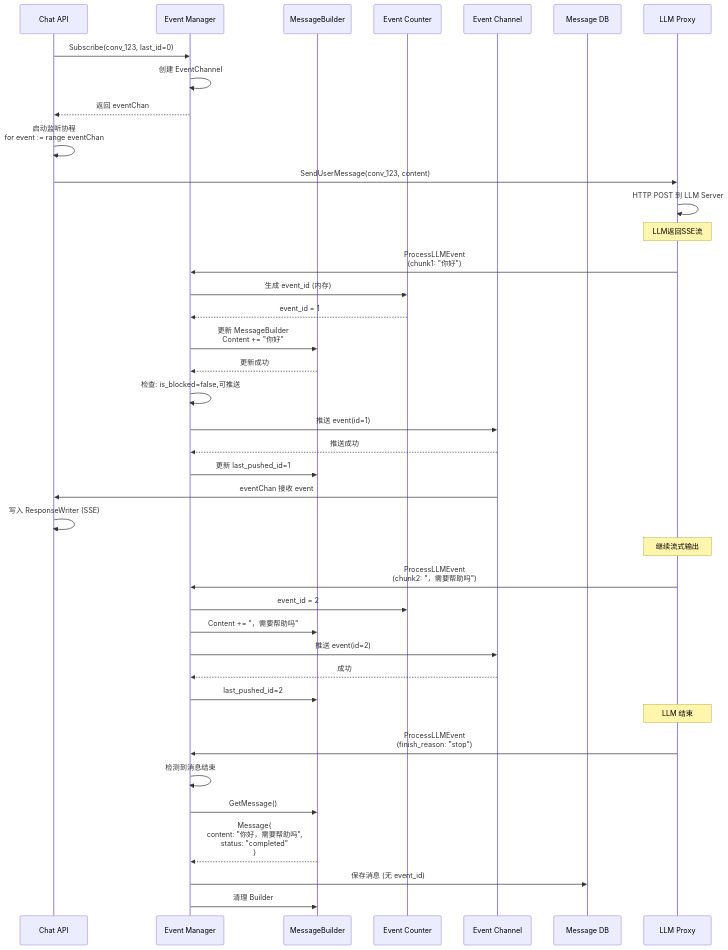
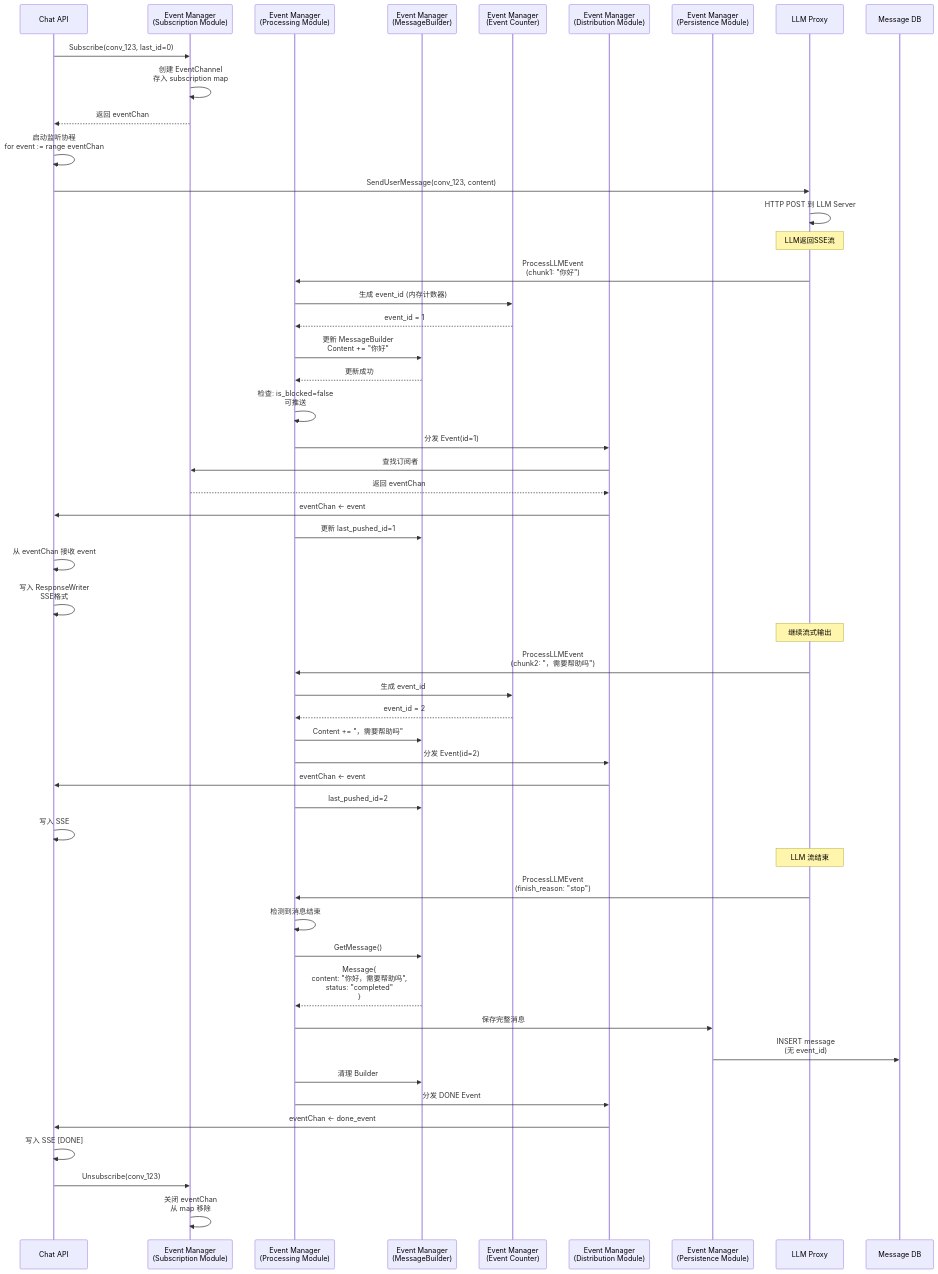
Before and after one commit to yingjianzh/iodraw-files: the diagram in all/未命名-10.md, drawn with Mermaid.

Commit message:
2025-12-24 10:57:33 update

````diff
--- a/all/未命名-10.md
+++ b/all/未命名-10.md
@@ -1,59 +1,75 @@
 ```mermaid
 sequenceDiagram
     participant ChatAPI as Chat API
-    participant EventMgr as Event Manager
-    participant Builder as MessageBuilder
-    participant Counter as Event Counter
-    participant CH as Event Channel
+    participant SubMod as Event Manager<br/>(Subscription Module)
+    participant ProcMod as Event Manager<br/>(Processing Module)
+    participant Builder as Event Manager<br/>(MessageBuilder)
+    participant Counter as Event Manager<br/>(Event Counter)
+    participant DistribMod as Event Manager<br/>(Distribution Module)
+    participant PersistMod as Event Manager<br/>(Persistence Module)
+    participant LLMProxy as LLM Proxy
     participant MsgDB as Message DB
-    participant LLMProxy as LLM Proxy
 
-    ChatAPI->>EventMgr: Subscribe(conv_123, last_id=0)
-    EventMgr->>EventMgr: 创建 EventChannel
-    EventMgr-->>ChatAPI: 返回 eventChan
+    ChatAPI->>SubMod: Subscribe(conv_123, last_id=0)
+    SubMod->>SubMod: 创建 EventChannel<br/>存入 subscription map
+    SubMod-->>ChatAPI: 返回 eventChan
 
     ChatAPI->>ChatAPI: 启动监听协程<br/>for event := range eventChan
     
     ChatAPI->>LLMProxy: SendUserMessage(conv_123, content)
     LLMProxy->>LLMProxy: HTTP POST 到 LLM Server
 
     Note over LLMProxy: LLM返回SSE流
 
-    LLMProxy->>EventMgr: ProcessLLMEvent<br/>(chunk1: "你好")
+    LLMProxy->>ProcMod: ProcessLLMEvent<br/>(chunk1: "你好")
     
-    EventMgr->>Counter: 生成 event_id (内存)
-    Counter-->>EventMgr: event_id = 1
+    ProcMod->>Counter: 生成 event_id (内存计数器)
+    Counter-->>ProcMod: event_id = 1
     
-    EventMgr->>Builder: 更新 MessageBuilder<br/>Content += "你好"
-    Builder-->>EventMgr: 更新成功
+    ProcMod->>Builder: 更新 MessageBuilder<br/>Content += "你好"
+    Builder-->>ProcMod: 更新成功
     
-    EventMgr->>EventMgr: 检查: is_blocked=false,可推送
+    ProcMod->>ProcMod: 检查: is_blocked=false<br/>可推送
     
-    EventMgr->>CH: 推送 event(id=1)
-    CH-->>EventMgr: 推送成功
+    ProcMod->>DistribMod: 分发 Event(id=1)
+    DistribMod->>SubMod: 查找订阅者
+    SubMod-->>DistribMod: 返回 eventChan
+    DistribMod->>ChatAPI: eventChan <- event
     
-    EventMgr->>Builder: 更新 last_pushed_id=1
+    ProcMod->>Builder: 更新 last_pushed_id=1
     
-    CH->>ChatAPI: eventChan 接收 event
-    ChatAPI->>ChatAPI: 写入 ResponseWriter (SSE)
+    ChatAPI->>ChatAPI: 从 eventChan 接收 event
+    ChatAPI->>ChatAPI: 写入 ResponseWriter<br/>SSE格式
     
     Note over LLMProxy: 继续流式输出
     
-    LLMProxy->>EventMgr: ProcessLLMEvent<br/>(chunk2: "，需要帮助吗")
-    EventMgr->>Counter: event_id = 2
-    EventMgr->>Builder: Content += "，需要帮助吗"
-    EventMgr->>CH: 推送 event(id=2)
-    CH-->>EventMgr: 成功
-    EventMgr->>Builder: last_pushed_id=2
+    LLMProxy->>ProcMod: ProcessLLMEvent<br/>(chunk2: "，需要帮助吗")
+    ProcMod->>Counter: 生成 event_id
+    Counter-->>ProcMod: event_id = 2
+    ProcMod->>Builder: Content += "，需要帮助吗"
+    ProcMod->>DistribMod: 分发 Event(id=2)
+    DistribMod->>ChatAPI: eventChan <- event
+    ProcMod->>Builder: last_pushed_id=2
     
-    Note over LLMProxy: LLM 结束
+    ChatAPI->>ChatAPI: 写入 SSE
     
-    LLMProxy->>EventMgr: ProcessLLMEvent<br/>(finish_reason: "stop")
+    Note over LLMProxy: LLM 流结束
     
-    EventMgr->>EventMgr: 检测到消息结束
-    EventMgr->>Builder: GetMessage()
-    Builder-->>EventMgr: Message{<br/>  content: "你好，需要帮助吗",<br/>  status: "completed"<br/>}
+    LLMProxy->>ProcMod: ProcessLLMEvent<br/>(finish_reason: "stop")
     
-    EventMgr->>MsgDB: 保存消息 (无 event_id)
-    EventMgr->>Builder: 清理 Builder
+    ProcMod->>ProcMod: 检测到消息结束
+    ProcMod->>Builder: GetMessage()
+    Builder-->>ProcMod: Message{<br/>  content: "你好，需要帮助吗",<br/>  status: "completed"<br/>}
+    
+    ProcMod->>PersistMod: 保存完整消息
+    PersistMod->>MsgDB: INSERT message<br/>(无 event_id)
+    
+    ProcMod->>Builder: 清理 Builder
+    
+    ProcMod->>DistribMod: 分发 DONE Event
+    DistribMod->>ChatAPI: eventChan <- done_event
+    
+    ChatAPI->>ChatAPI: 写入 SSE [DONE]
+    ChatAPI->>SubMod: Unsubscribe(conv_123)
+    SubMod->>SubMod: 关闭 eventChan<br/>从 map 移除
 ```
````
